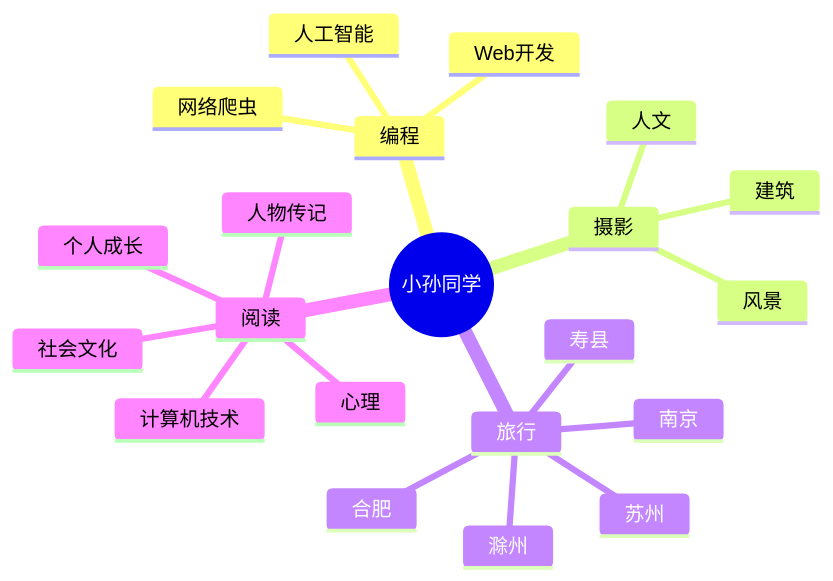
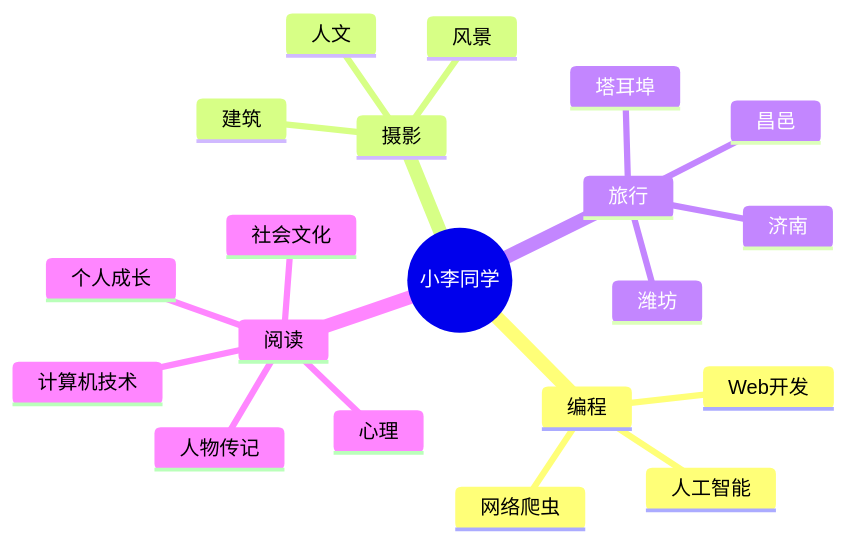
One commit to lonely-yc/lonely-yc changed the diagram in README.md. Above: the diagram before and after it, drawn with Mermaid. The commit also changed other lines of this file, not shown here.

````diff
--- a/README.md
+++ b/README.md
@@ -111,24 +94,23 @@
 ```mermaid
 mindmap
-  root((小孙同学))
+  root((小李同学))
     编程
       Web开发
       网络爬虫
       人工智能
     摄影
       人文
       建筑
       风景
     旅行
-      苏州
-      南京
-      滁州
-      合肥
-      寿县
+      济南
+      潍坊
+      昌邑
+      塔耳埠
     阅读
       人物传记
       个人成长
       社会文化
       心理
       计算机技术
 ```
````
